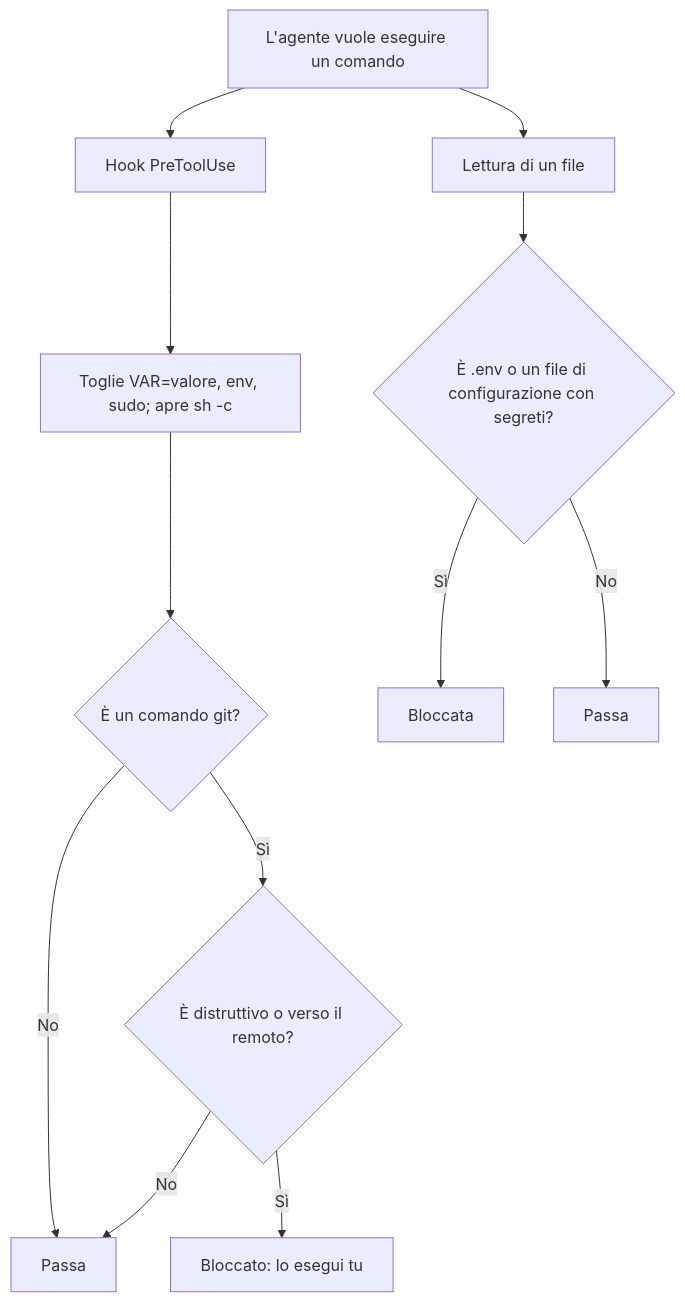
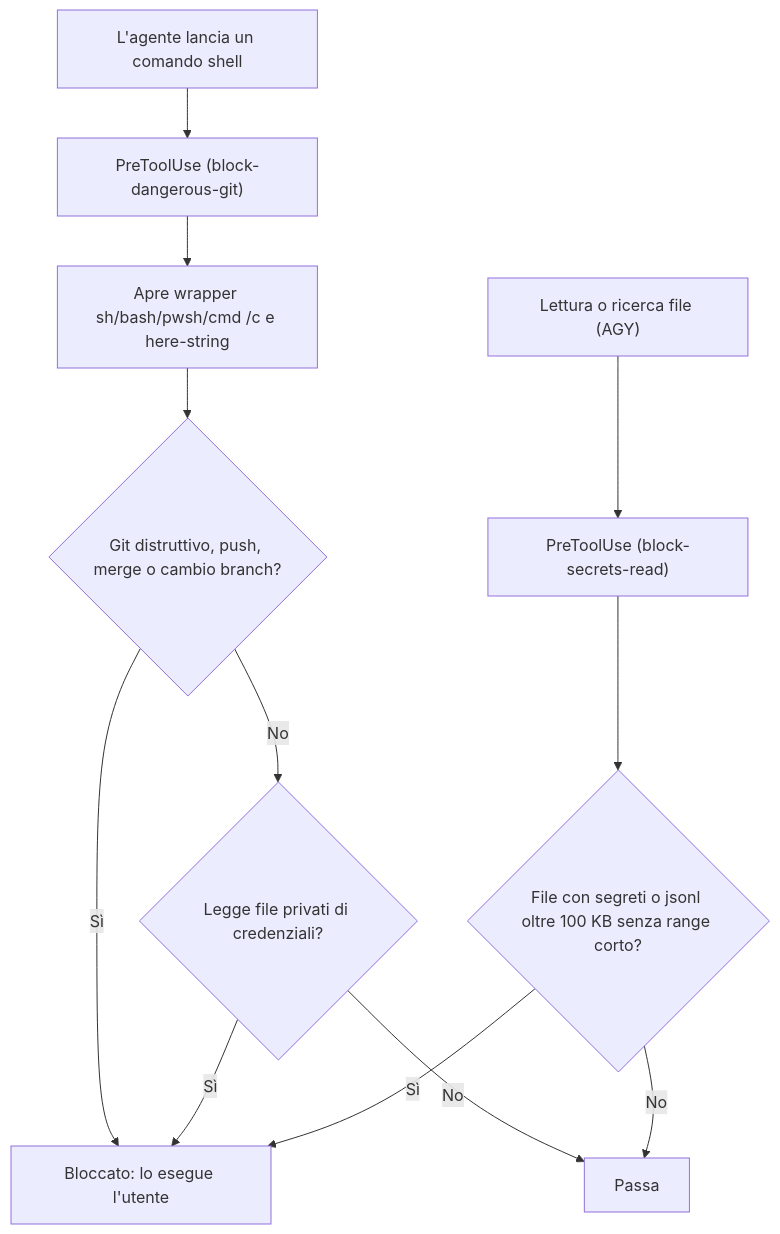
The second of 3 diagrams in docs/index.mdx (justpeppe/just-develop), drawn with Mermaid before and after one commit. The commit also changed other lines of this file and 40 other files, not shown here.

Commit message:
feat(flow): allinea flusso universale v2, hook di sync e controlli cross-pc

````diff
--- a/docs/index.mdx
+++ b/docs/index.mdx
@@ -43,14 +44,14 @@
 ```mermaid
 flowchart TD
-    A["L'agente vuole eseguire un comando"] --> B["Hook PreToolUse"]
-    B --> C["Toglie VAR=valore, env, sudo; apre sh -c"]
-    C --> D{"È un comando git?"}
-    D -- "No" --> E["Passa"]
-    D -- "Sì" --> F{"È distruttivo o verso il remoto?"}
-    F -- "No" --> E
-    F -- "Sì" --> G["Bloccato: lo esegui tu"]
-    A --> H["Lettura di un file"]
-    H --> I{"È .env o un file di configurazione con segreti?"}
-    I -- "Sì" --> J["Bloccata"]
-    I -- "No" --> K["Passa"]
+    A["L'agente lancia un comando shell"] --> B["PreToolUse (block-dangerous-git)"]
+    B --> C["Apre wrapper sh/bash/pwsh/cmd /c e here-string"]
+    C --> D{"Git distruttivo, push, merge o cambio branch?"}
+    D -- "Sì" --> G["Bloccato: lo esegue l'utente"]
+    D -- "No" --> E{"Legge file privati di credenziali?"}
+    E -- "Sì" --> G
+    E -- "No" --> F["Passa"]
+    A2["Lettura o ricerca file (AGY)"] --> H["PreToolUse (block-secrets-read)"]
+    H --> I{"File con segreti o jsonl oltre 100 KB senza range corto?"}
+    I -- "Sì" --> G
+    I -- "No" --> F
 ```
````
